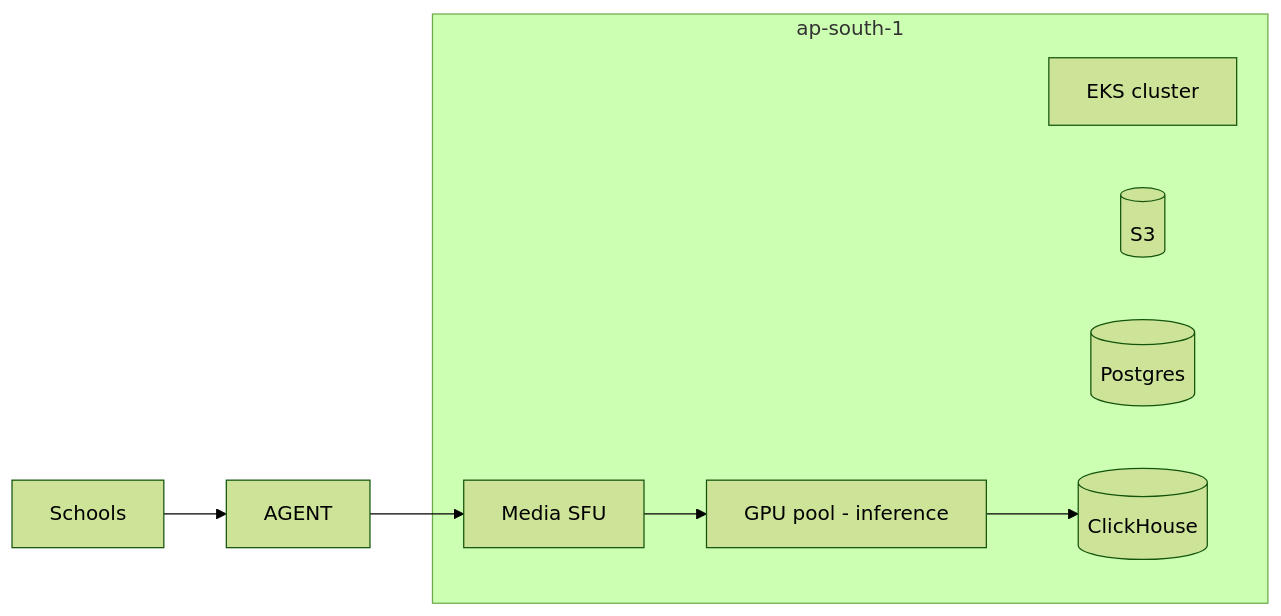
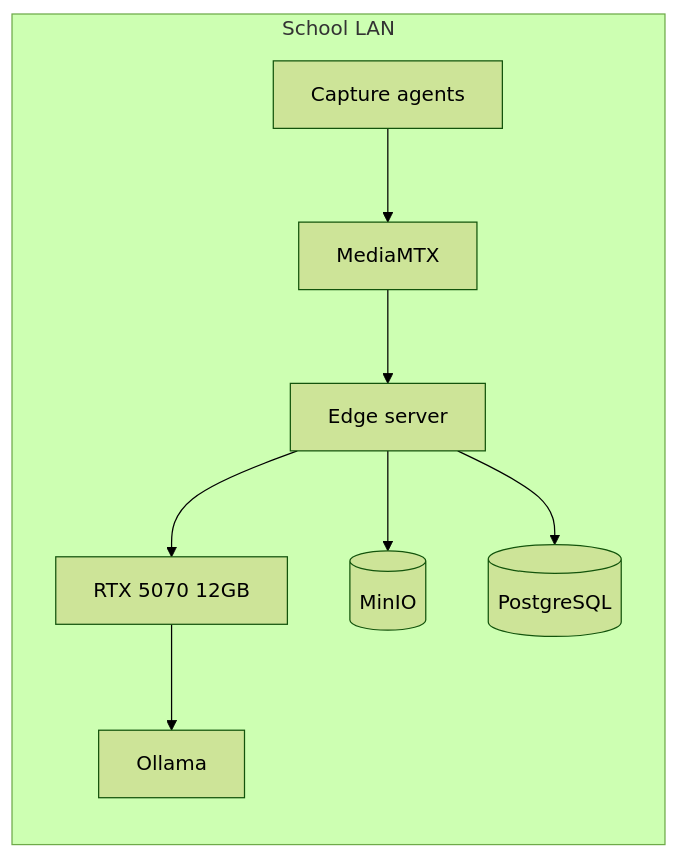
Before and after one commit to NITISH-R-G/PedagogyX: the third of 3 diagrams in docs/05-architecture/SYSTEM_ARCHITECTURE.md, drawn with Mermaid (forest theme). The commit also changed other lines of this file and 13 other files, not shown here.

First line of the commit message:
docs: OSS-first stack and RTX 5070 12GB GPU budget

````diff
--- a/docs/05-architecture/SYSTEM_ARCHITECTURE.md
+++ b/docs/05-architecture/SYSTEM_ARCHITECTURE.md
@@ -107,15 +109,16 @@
 ```mermaid
 flowchart LR
-    subgraph in [ap-south-1]
-        EKS[EKS cluster]
-        GPU[GPU pool - inference]
-        SFU[Media SFU]
-        S3[(S3)]
-        RDS[(Postgres)]
-        CH[(ClickHouse)]
+    subgraph school [School LAN]
+        AGENT[Capture agents]
+        MTX[MediaMTX]
+        EDGE[Edge server]
+        GPU[RTX 5070 12GB]
+        MINIO[(MinIO)]
+        PG[(PostgreSQL)]
+        OLL[Ollama]
     end
-    SCH[Schools] --> AGENT
-    AGENT --> SFU
-    SFU --> GPU
-    GPU --> CH
+    AGENT --> MTX --> EDGE
+    EDGE --> GPU
+    EDGE --> MINIO & PG
+    GPU --> OLL
 ```
````
